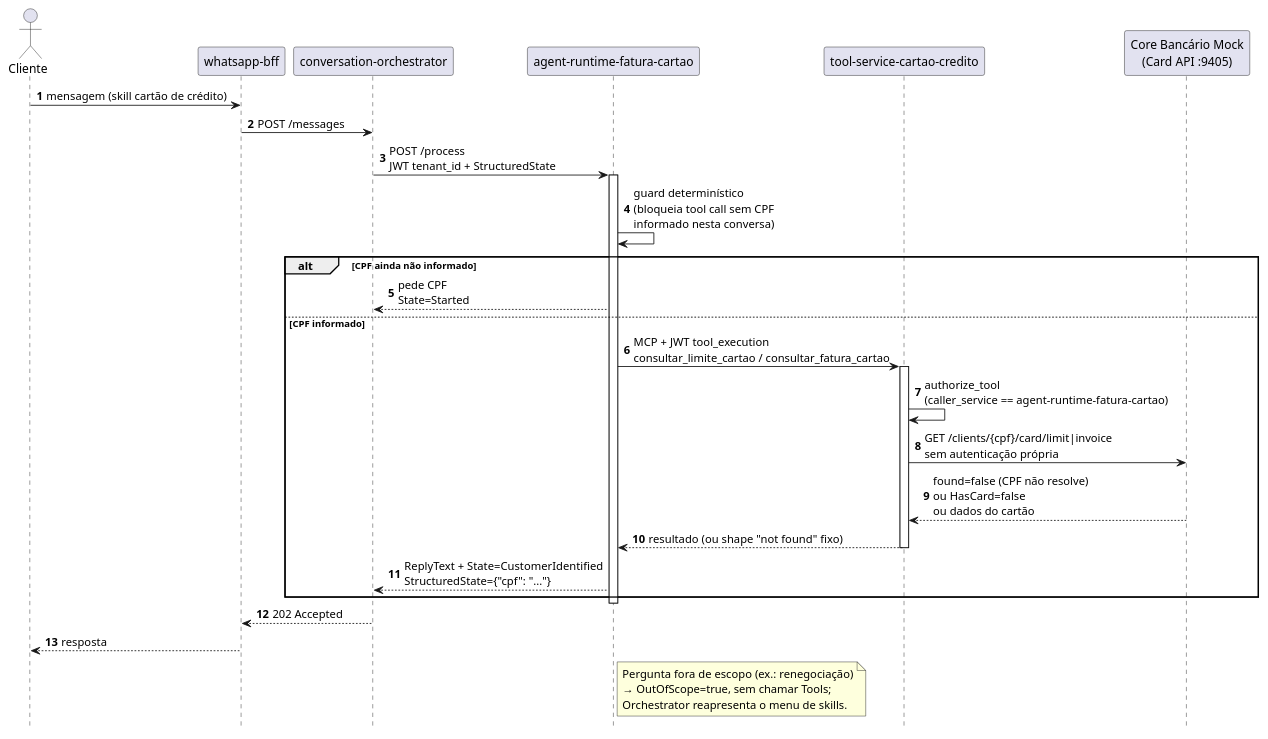
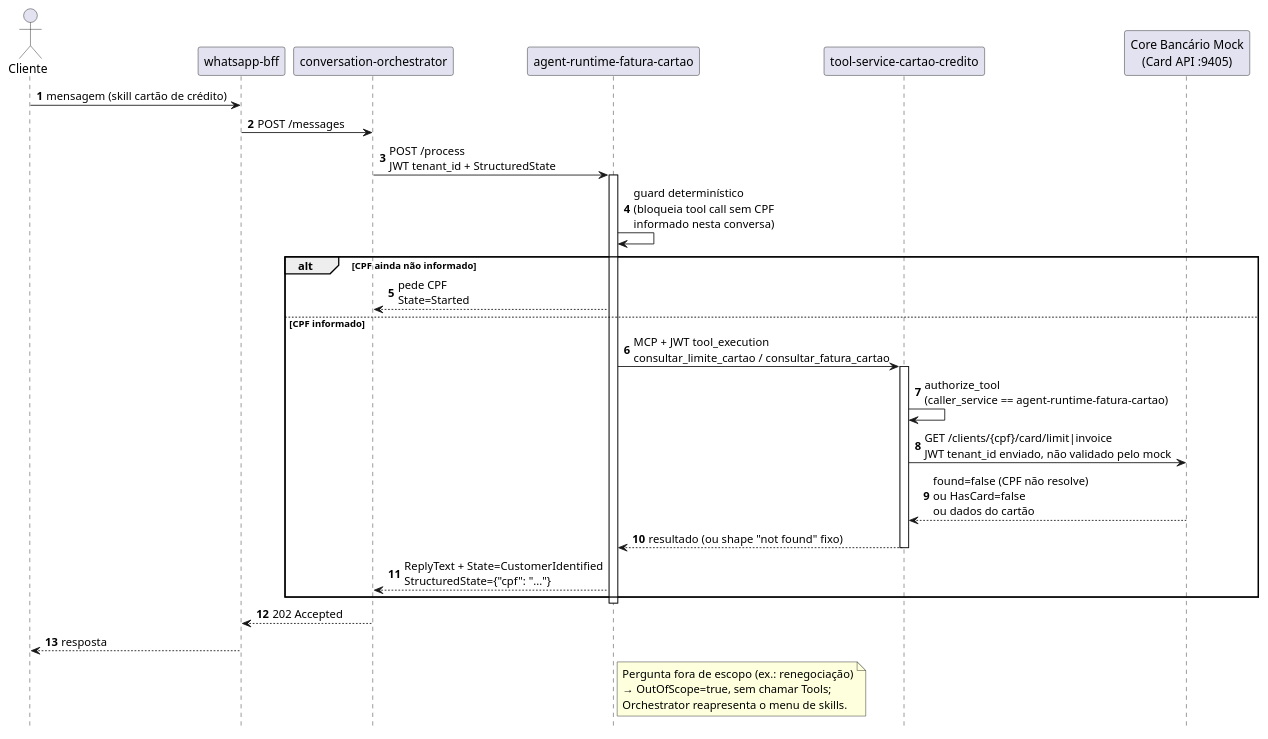
The fifth of 5 diagrams in docs/architecture/sequence-diagrams.md (leandrosflora/conversational-ai-platform-architecture), drawn with PlantUML before and after one commit. The commit also changed 16 other files, not shown here.

````diff
--- a/docs/architecture/sequence-diagrams.md
+++ b/docs/architecture/sequence-diagrams.md
@@ -211,43 +211,43 @@
 ```plantuml
 @startuml
 hide footbox
 autonumber
 
 actor Cliente
 participant "whatsapp-bff" as BFF
 participant "conversation-orchestrator" as Orch
 participant "agent-runtime-fatura-cartao" as Agent
 participant "tool-service-cartao-credito" as Tools
 participant "Core Bancário Mock\n(Card API :9405)" as Core
 
 Cliente -> BFF: mensagem (skill cartão de crédito)
 BFF -> Orch: POST /messages
 Orch -> Agent: POST /process\nJWT tenant_id + StructuredState
 
 activate Agent
 Agent -> Agent: guard determinístico\n(bloqueia tool call sem CPF\ninformado nesta conversa)
 
 alt CPF ainda não informado
   Agent --> Orch: pede CPF\nState=Started
 else CPF informado
   Agent -> Tools: MCP + JWT tool_execution\nconsultar_limite_cartao / consultar_fatura_cartao
   activate Tools
   Tools -> Tools: authorize_tool\n(caller_service == agent-runtime-fatura-cartao)
-  Tools -> Core: GET /clients/{cpf}/card/limit|invoice\nsem autenticação própria
+  Tools -> Core: GET /clients/{cpf}/card/limit|invoice\nJWT tenant_id enviado, não validado pelo mock
   Core --> Tools: found=false (CPF não resolve)\nou HasCard=false\nou dados do cartão
   Tools --> Agent: resultado (ou shape "not found" fixo)
   deactivate Tools
   Agent --> Orch: ReplyText + State=CustomerIdentified\nStructuredState={"cpf": "..."}
 end
 deactivate Agent
 
 Orch --> BFF: 202 Accepted
 BFF --> Cliente: resposta
 
 note right of Agent
 Pergunta fora de escopo (ex.: renegociação)
 → OutOfScope=true, sem chamar Tools;
 Orchestrator reapresenta o menu de skills.
 end note
 @enduml
 ```
````
